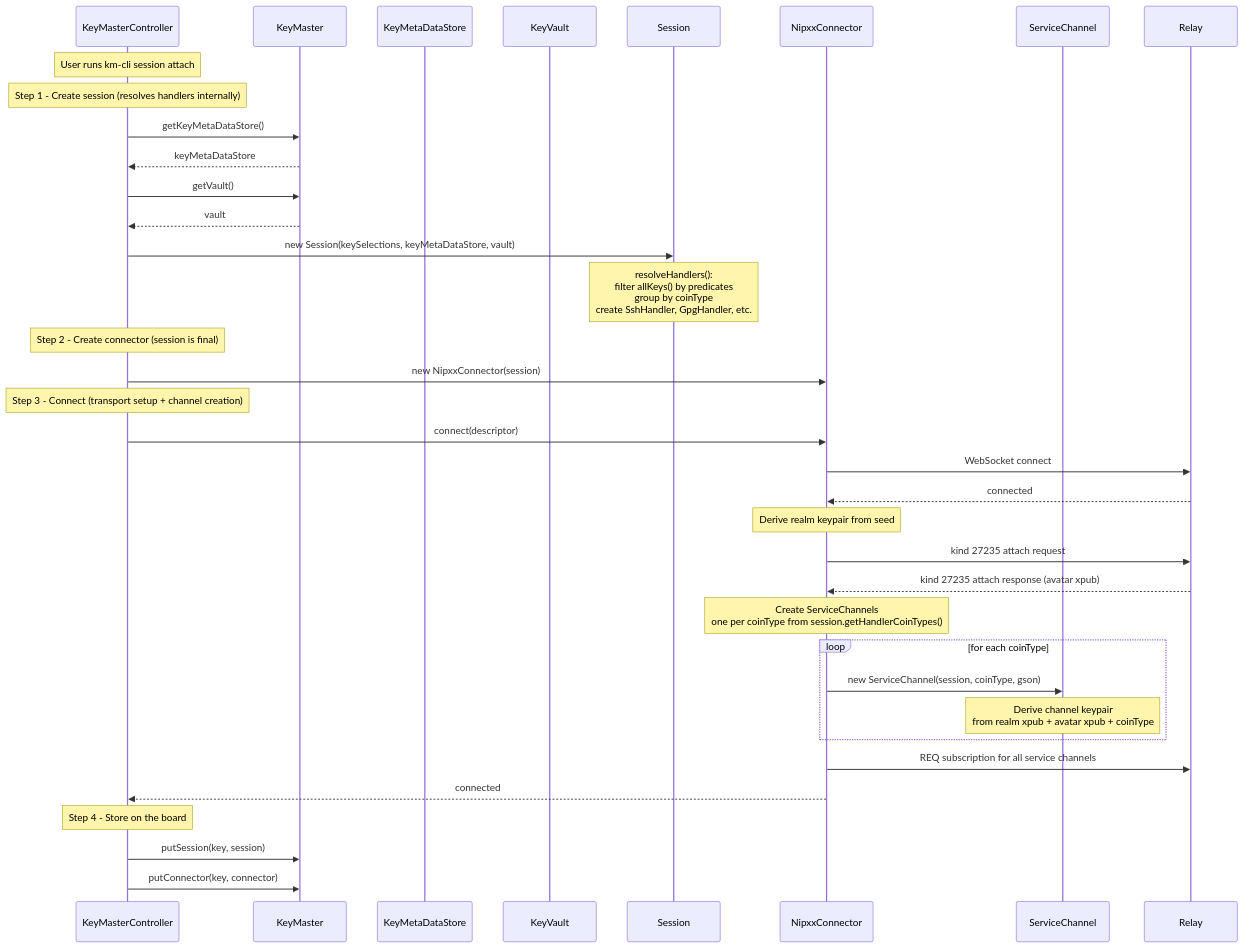
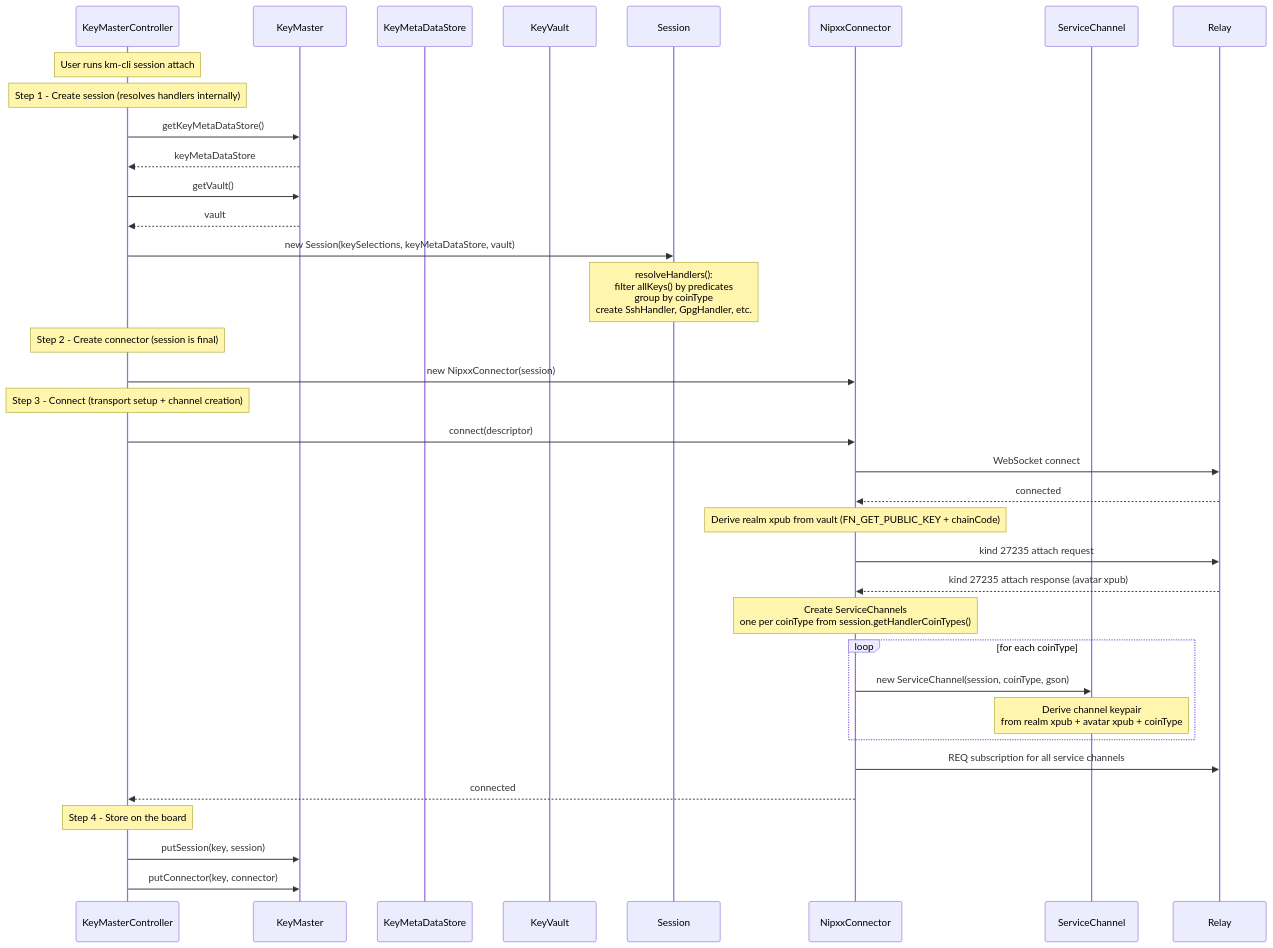
One commit to DarkWebDivingClub/keymaster changed the second of 4 diagrams in doc/service-handler-design.md. Above: the diagram before and after it, drawn with Mermaid. The commit also changed 11 other files, not shown here.

````diff
--- a/doc/service-handler-design.md
+++ b/doc/service-handler-design.md
@@ -171,46 +171,46 @@
 ```mermaid
 sequenceDiagram
     participant DC as KeyMasterController
     participant KM as KeyMaster
     participant KS as KeyMetaDataStore
     participant KV as KeyVault
     participant S as Session
     participant C as NipxxConnector
     participant SC as ServiceChannel
     participant R as Relay
 
     Note over DC: User runs km-cli session attach
 
     Note over DC: Step 1 - Create session (resolves handlers internally)
     DC->>KM: getKeyMetaDataStore()
     KM-->>DC: keyMetaDataStore
     DC->>KM: getVault()
     KM-->>DC: vault
     DC->>S: new Session(keySelections, keyMetaDataStore, vault)
     Note over S: resolveHandlers():<br/>filter allKeys() by predicates<br/>group by coinType<br/>create SshHandler, GpgHandler, etc.
 
     Note over DC: Step 2 - Create connector (session is final)
     DC->>C: new NipxxConnector(session)
 
     Note over DC: Step 3 - Connect (transport setup + channel creation)
     DC->>C: connect(descriptor)
 
     C->>R: WebSocket connect
     R-->>C: connected
 
-    Note over C: Derive realm keypair from seed
+    Note over C: Derive realm xpub from vault (FN_GET_PUBLIC_KEY + chainCode)
     C->>R: kind 27235 attach request
     R-->>C: kind 27235 attach response (avatar xpub)
 
     Note over C: Create ServiceChannels<br/>one per coinType from session.getHandlerCoinTypes()
     loop for each coinType
         C->>SC: new ServiceChannel(session, coinType, gson)
         Note over SC: Derive channel keypair<br/>from realm xpub + avatar xpub + coinType
     end
     C->>R: REQ subscription for all service channels
     C-->>DC: connected
 
     Note over DC: Step 4 - Store on the board
     DC->>KM: putSession(key, session)
     DC->>KM: putConnector(key, connector)
 ```
````
